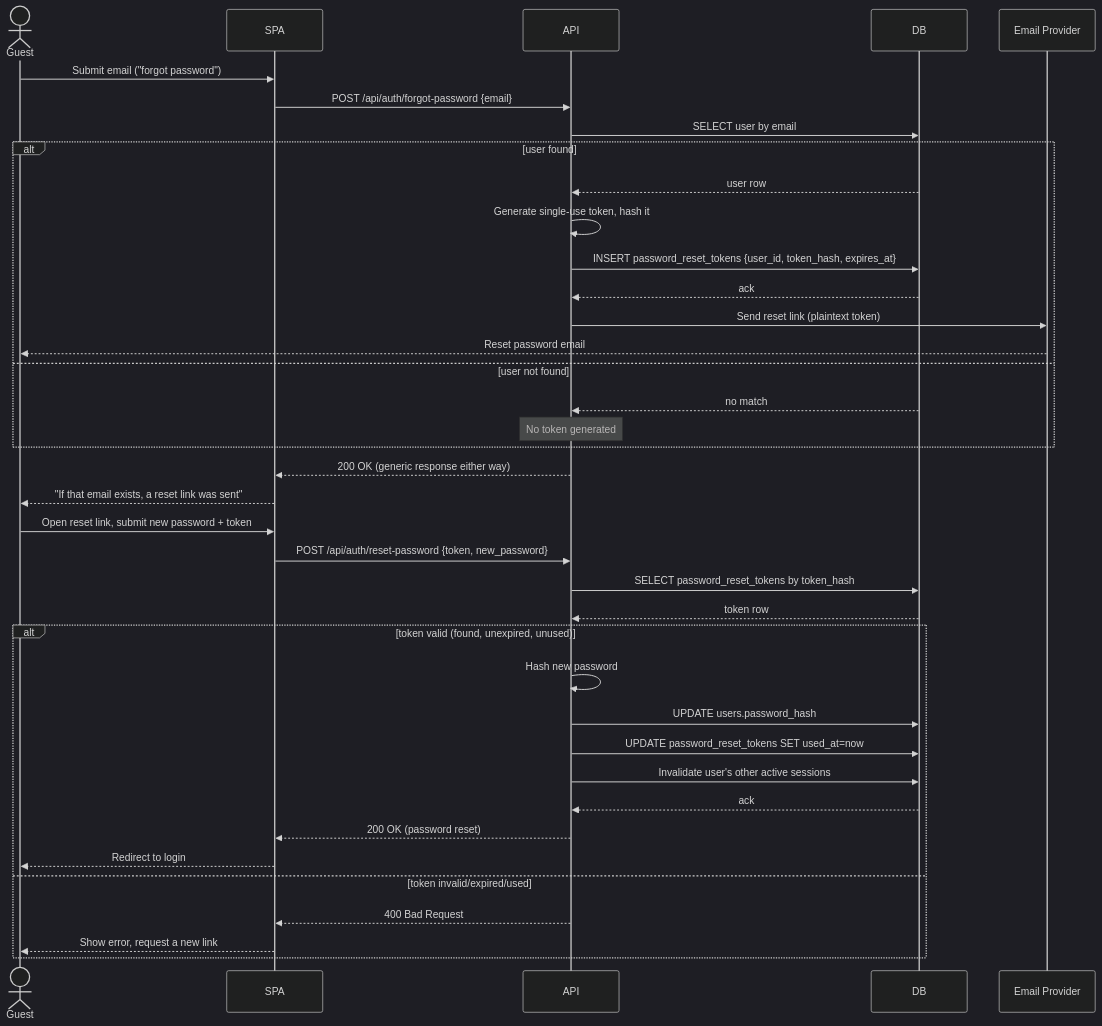
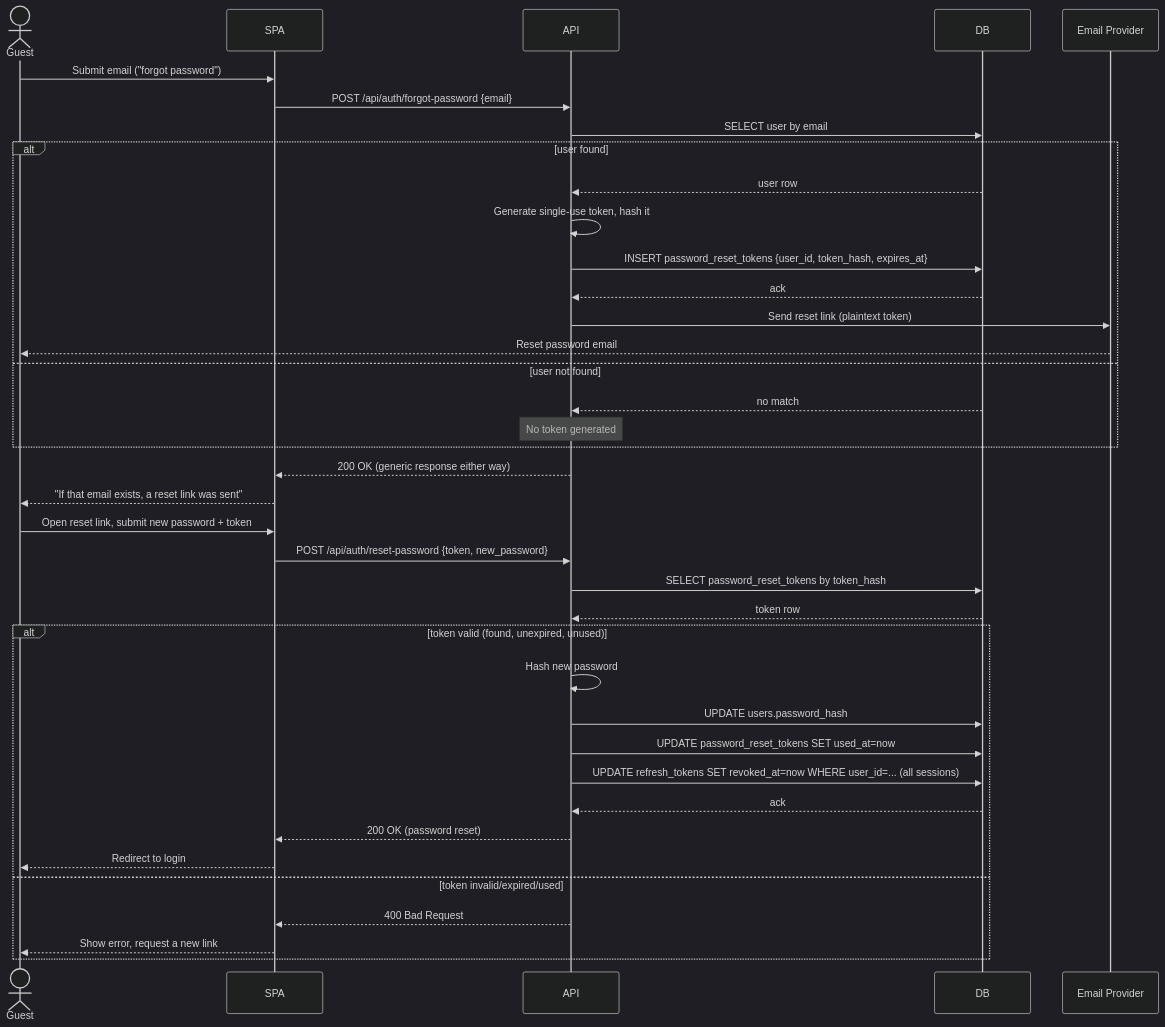
The ninth of 12 diagrams in DESIGN.md (eweinmanepam/Remediation-Engineer-Sample-Application), drawn with Mermaid (dark theme) before and after one commit. The commit also changed other lines of this file, not shown here.

````diff
--- a/DESIGN.md
+++ b/DESIGN.md
@@ -543,45 +574,45 @@
 ```mermaid
 sequenceDiagram
     actor Guest
     participant SPA
     participant API
     participant DB
     participant Email as Email Provider
 
     Guest->>SPA: Submit email ("forgot password")
     SPA->>API: POST /api/auth/forgot-password {email}
     API->>DB: SELECT user by email
 
     alt user found
         DB-->>API: user row
         API->>API: Generate single-use token, hash it
         API->>DB: INSERT password_reset_tokens {user_id, token_hash, expires_at}
         DB-->>API: ack
         API->>Email: Send reset link (plaintext token)
         Email-->>Guest: Reset password email
     else user not found
         DB-->>API: no match
         Note over API: No token generated
     end
 
     API-->>SPA: 200 OK (generic response either way)
     SPA-->>Guest: "If that email exists, a reset link was sent"
 
     Guest->>SPA: Open reset link, submit new password + token
     SPA->>API: POST /api/auth/reset-password {token, new_password}
     API->>DB: SELECT password_reset_tokens by token_hash
     DB-->>API: token row
 
     alt token valid (found, unexpired, unused)
         API->>API: Hash new password
         API->>DB: UPDATE users.password_hash
         API->>DB: UPDATE password_reset_tokens SET used_at=now
-        API->>DB: Invalidate user's other active sessions
+        API->>DB: UPDATE refresh_tokens SET revoked_at=now WHERE user_id=... (all sessions)
         DB-->>API: ack
         API-->>SPA: 200 OK (password reset)
         SPA-->>Guest: Redirect to login
     else token invalid/expired/used
         API-->>SPA: 400 Bad Request
         SPA-->>Guest: Show error, request a new link
     end
 ```
````
